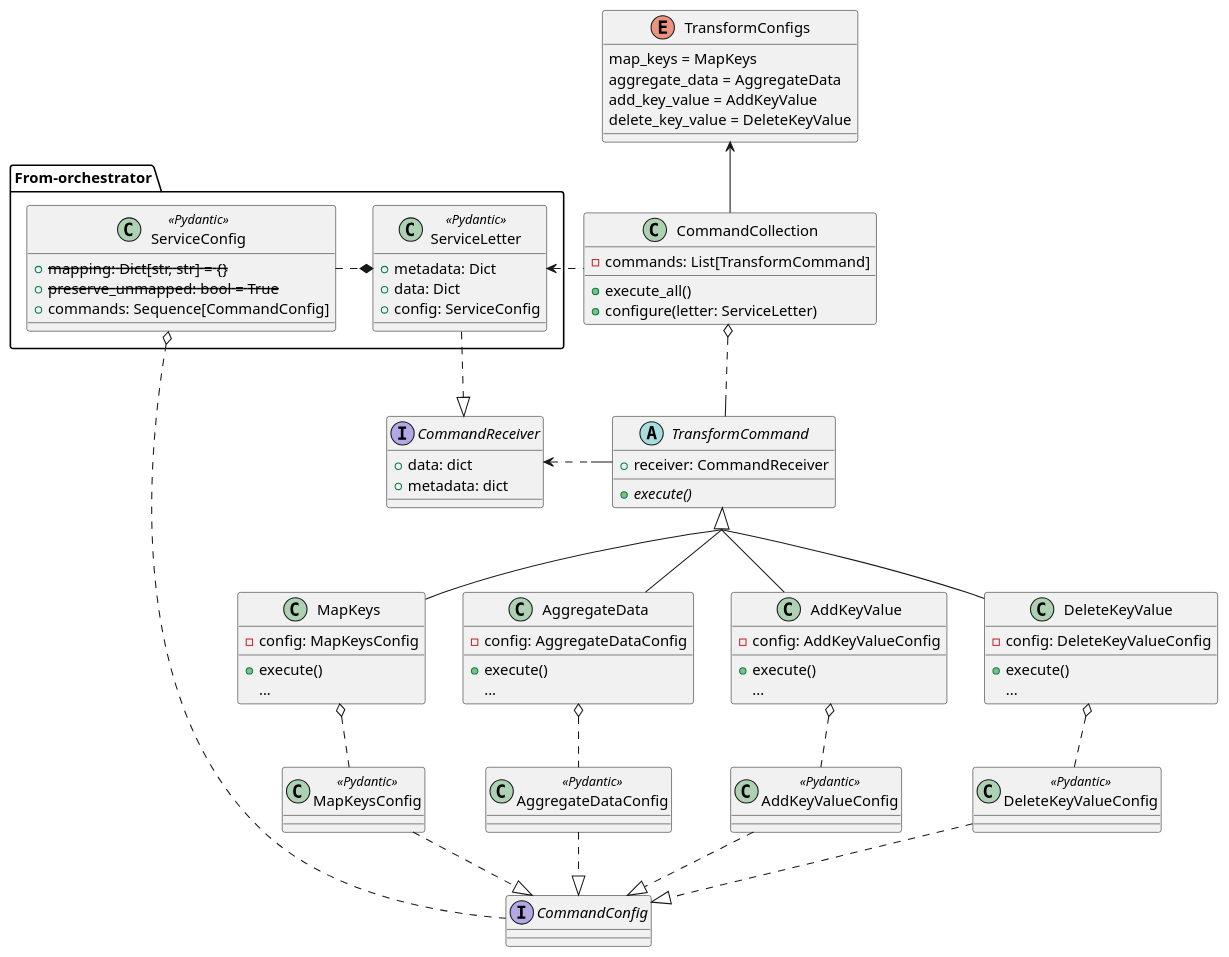
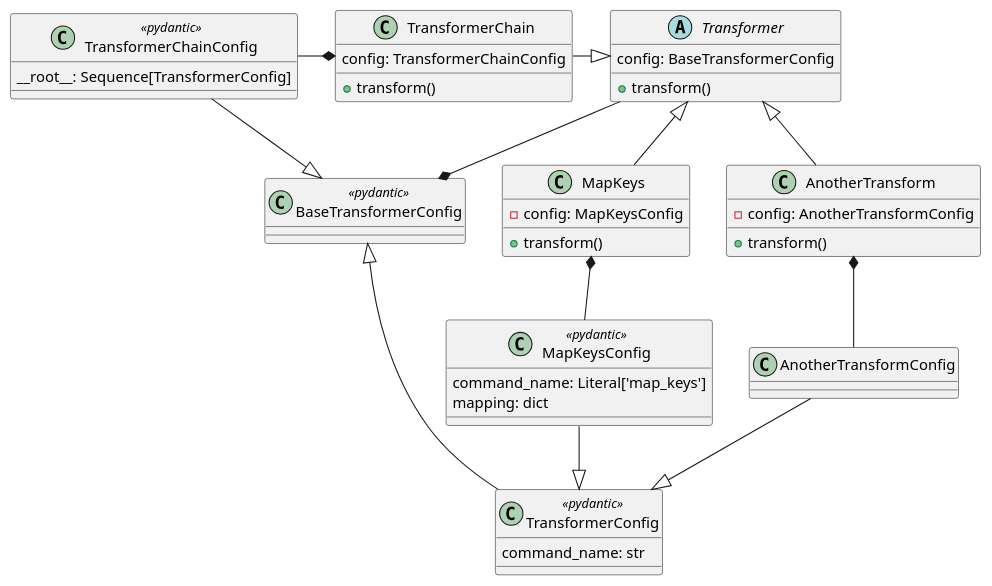
One commit to santunioni/Transformer changed the diagram in docs/trasnform_service.puml. Above: the diagram before and after it, drawn with PlantUML. The commit also changed 6 other files, not shown here.

```diff
--- a/docs/trasnform_service.puml
+++ b/docs/trasnform_service.puml
@@ -1,96 +1,54 @@
 @startuml
 'https://plantuml.com/class-diagram
-skinparam groupInheritance 3
-enum TransformConfigs {
-    map_keys = MapKeys
-    aggregate_data = AggregateData
-    add_key_value = AddKeyValue
-    delete_key_value = DeleteKeyValue
+class BaseTransformerConfig <<pydantic>> {
+}
+class TransformerChainConfig <<pydantic>> {
+__root__: Sequence[TransformerConfig]
+}
+class TransformerConfig <<pydantic>> {
+command_name: str
+}
+
+abstract Transformer {
+    config: BaseTransformerConfig
+    + transform()
+}
+
+class TransformerChain {
+    config: TransformerChainConfig
+    + transform()
+}
+
+class MapKeys {
+    - config: MapKeysConfig
+    + transform()
+}
+
+class MapKeysConfig <<pydantic>> {
+    command_name: Literal['map_keys']
+    mapping: dict
 }
 
 
-package From-orchestrator {
-class ServiceConfig <<Pydantic>> {
-    + <s>mapping: Dict[str, str] = {}</strike>
-    + <s>preserve_unmapped: bool = True</strike>
-    + commands: Sequence[CommandConfig]
+
+class AnotherTransform {
+    - config: AnotherTransformConfig
+    + transform()
 }
-ServiceConfig .r.* ServiceLetter
-
-class ServiceLetter <<Pydantic>> {
-    + metadata: Dict
-    + data: Dict
-    + config: ServiceConfig
-}
-}
-ServiceConfig o.-. CommandConfig
-ServiceLetter .d.|> CommandReceiver
-
-class CommandCollection {
-    - commands: List[TransformCommand]
-    + execute_all()
-    + configure(letter: ServiceLetter)
-}
-CommandCollection o.d. TransformCommand
-CommandCollection .l.> ServiceLetter
-CommandCollection -u-> TransformConfigs
 
 
-interface CommandReceiver {
-    + data: dict
-    + metadata: dict
-}
 
-abstract class TransformCommand {
-    + receiver: CommandReceiver
-    + {abstract} execute()
-}
-TransformCommand .l.> CommandReceiver
+TransformerChain -r-|> Transformer
+TransformerChain *-l- TransformerChainConfig
 
+TransformerConfig -u-|> BaseTransformerConfig
+TransformerChainConfig --|> BaseTransformerConfig
+Transformer --* BaseTransformerConfig
 
-class MapKeys {
-    - config: MapKeysConfig
-    + execute()
-    {method} ...
-}
-MapKeys -u-|> TransformCommand
-
-
-class AggregateData {
-    - config: AggregateDataConfig
-    + execute()
-    {method} ...
-}
-AggregateData -u-|> TransformCommand
-
-
-class AddKeyValue {
-    - config: AddKeyValueConfig
-    + execute()
-    {method} ...
-}
-AddKeyValue -u-|> TransformCommand
-
-
-class DeleteKeyValue {
-    - config: DeleteKeyValueConfig
-    + execute()
-    {method} ...
-}
-DeleteKeyValue -u-|> TransformCommand
-
-
-class MapKeysConfig <<Pydantic>>
-MapKeysConfig .d.|> CommandConfig
-MapKeys o.d. MapKeysConfig
-class AggregateDataConfig <<Pydantic>>
-AggregateDataConfig .d.|> CommandConfig
-AggregateData o.d. AggregateDataConfig
-class AddKeyValueConfig <<Pydantic>>
-AddKeyValueConfig .d.|> CommandConfig
-AddKeyValue o.d. AddKeyValueConfig
-class DeleteKeyValueConfig <<Pydantic>>
-DeleteKeyValueConfig .d.|> CommandConfig
-DeleteKeyValue o.d. DeleteKeyValueConfig
-interface CommandConfig
+MapKeys -u-|> Transformer
+MapKeys *-d- MapKeysConfig
+MapKeysConfig -d-|> TransformerConfig
+AnotherTransform -u-|> Transformer
+AnotherTransform *-d- AnotherTransformConfig
+AnotherTransformConfig -d-|> TransformerConfig
 @enduml
```
